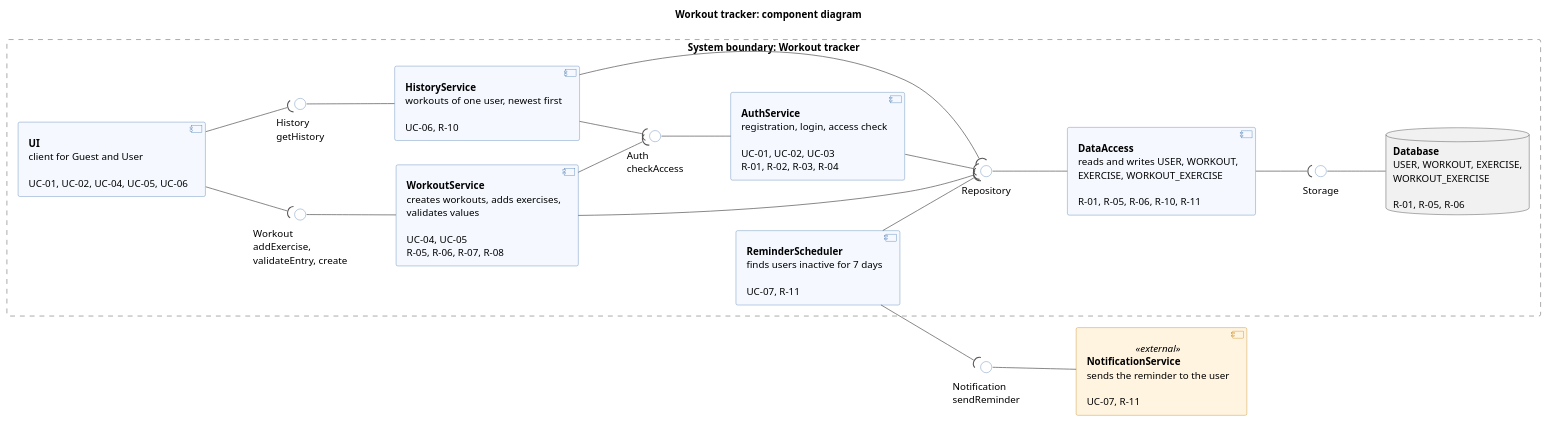
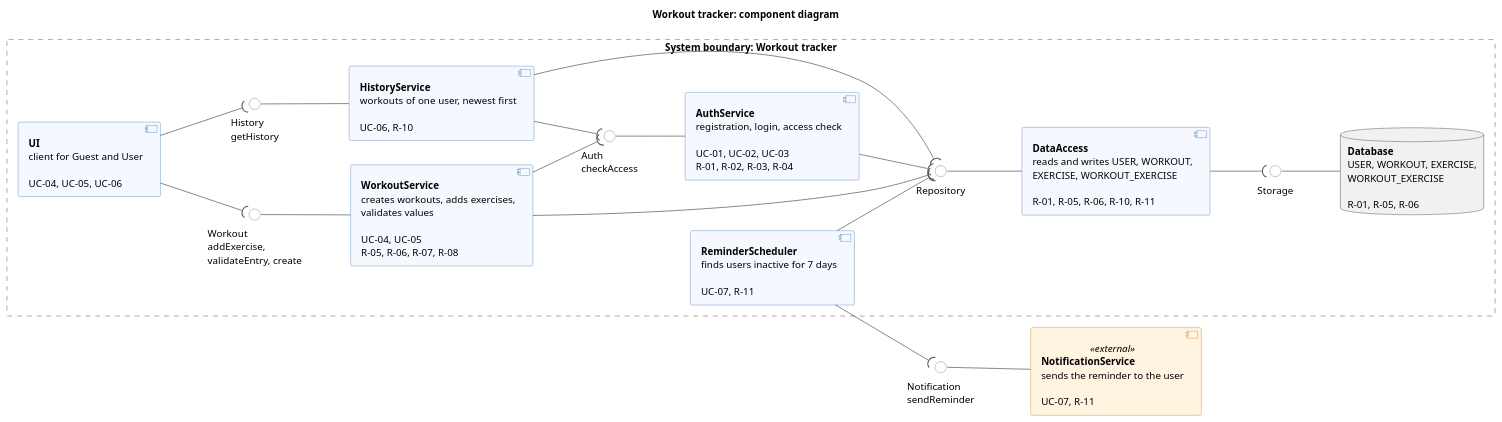
Before and after one commit to setlors/kpi-2: the diagram in task-5/component-diagram.puml, drawn with PlantUML. The commit also changed 1 other file, not shown here.

Commit message:
fix(task5): remove UC-01, UC-02 from UI label in component diagram

```diff
--- a/task-5/component-diagram.puml
+++ b/task-5/component-diagram.puml
@@ -1,77 +1,77 @@
 @startuml component-diagram
 title Workout tracker: component diagram
 
 left to right direction
 skinparam componentStyle uml2
 skinparam shadowing false
 skinparam defaultFontName Arial
 skinparam ArrowColor #555555
 skinparam nodesep 35
 skinparam ranksep 60
 skinparam rectangle {
   BorderColor #888888
   BorderStyle dashed
   BackgroundColor transparent
 }
 skinparam component {
   BackgroundColor #F5F9FF
   BorderColor #3B6EA8
 }
 skinparam component<<external>> {
   BackgroundColor #FFF4E0
   BorderColor #C07A00
 }
 skinparam interface {
   BackgroundColor #FFFFFF
   BorderColor #3B6EA8
 }
 
 rectangle "System boundary: Workout tracker" as SYS {
 
-  component "**UI**\nclient for Guest and User\n\nUC-01, UC-02, UC-04, UC-05, UC-06" as UI
+  component "**UI**\nclient for Guest and User\n\nUC-04, UC-05, UC-06" as UI
 
   component "**WorkoutService**\ncreates workouts, adds exercises,\nvalidates values\n\nUC-04, UC-05\nR-05, R-06, R-07, R-08" as Workout
   component "**HistoryService**\nworkouts of one user, newest first\n\nUC-06, R-10" as History
   component "**AuthService**\nregistration, login, access check\n\nUC-01, UC-02, UC-03\nR-01, R-02, R-03, R-04" as Auth
   component "**ReminderScheduler**\nfinds users inactive for 7 days\n\nUC-07, R-11" as Scheduler
 
   component "**DataAccess**\nreads and writes USER, WORKOUT,\nEXERCISE, WORKOUT_EXERCISE\n\nR-01, R-05, R-06, R-10, R-11" as DA
   database "**Database**\nUSER, WORKOUT, EXERCISE,\nWORKOUT_EXERCISE\n\nR-01, R-05, R-06" as DB
 
   interface "Workout\naddExercise,\nvalidateEntry, create" as IWorkout
   interface "History\ngetHistory" as IHistory
   interface "Auth\ncheckAccess" as IAuth
   interface "Repository" as IRepo
   interface "Storage" as IStorage
 }
 
 component "**NotificationService**\nsends the reminder to the user\n\nUC-07, R-11" <<external>> as NS
 interface "Notification\nsendReminder" as INotif
 
 ' UI -> Workout / History
 UI        -down-( IWorkout
 IWorkout  -down- Workout
 UI        -down-( IHistory
 IHistory  -down- History
 
 ' Workout / History -> Auth
 Workout   -down-( IAuth
 History   -down-( IAuth
 IAuth     -down- Auth
 
 ' services -> Repository -> DataAccess
 Workout   -down-( IRepo
 History   -down-( IRepo
 Auth      -down-( IRepo
 Scheduler -down-( IRepo
 IRepo     -down- DA
 
 ' DataAccess -> Database
 DA        -down-( IStorage
 IStorage  -down- DB
 
 ' ReminderScheduler -> external NotificationService
 Scheduler -down-( INotif
 INotif    -down- NS
 
 @enduml
```
